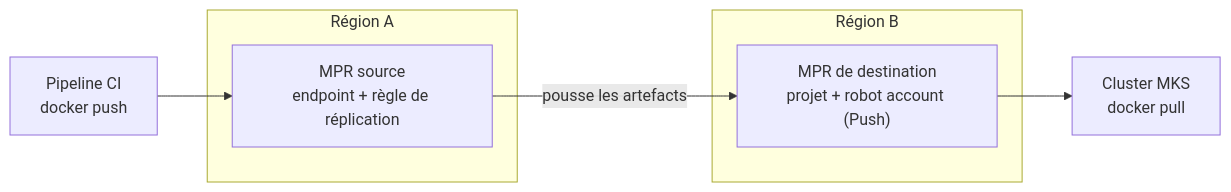
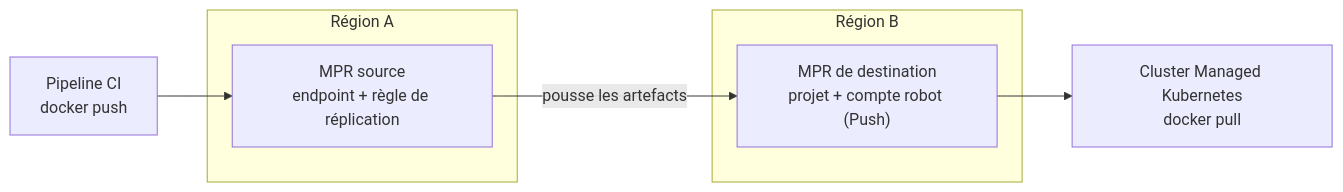
Before and after one commit to ovh/ovhcloud-docs: the first of 2 diagrams in docs/fr/guides/public-cloud/containers-orchestration/managed-private-registry/configure-replication.mdx, drawn with Mermaid. The commit also changed other lines of this file and 1 other file, not shown here.

First line of the commit message:
docs: proofreading MPR cross-region replication guide

````diff
--- a/docs/fr/guides/public-cloud/containers-orchestration/managed-private-registry/configure-replication.mdx
+++ b/docs/fr/guides/public-cloud/containers-orchestration/managed-private-registry/configure-replication.mdx
@@ -34,12 +35,12 @@
 ```mermaid
 flowchart LR
     CI["Pipeline CI<br/>docker push"] --> SRC
     subgraph A["Région A"]
         SRC["MPR source<br/>endpoint + règle de réplication"]
     end
     subgraph B["Région B"]
-        DST["MPR de destination<br/>projet + robot account (Push)"]
+        DST["MPR de destination<br/>projet + compte robot (Push)"]
     end
     SRC -- "pousse les artefacts" --> DST
-    DST --> K8S["Cluster MKS<br/>docker pull"]
+    DST --> K8S["Cluster Managed Kubernetes<br/>docker pull"]
 ```
````
